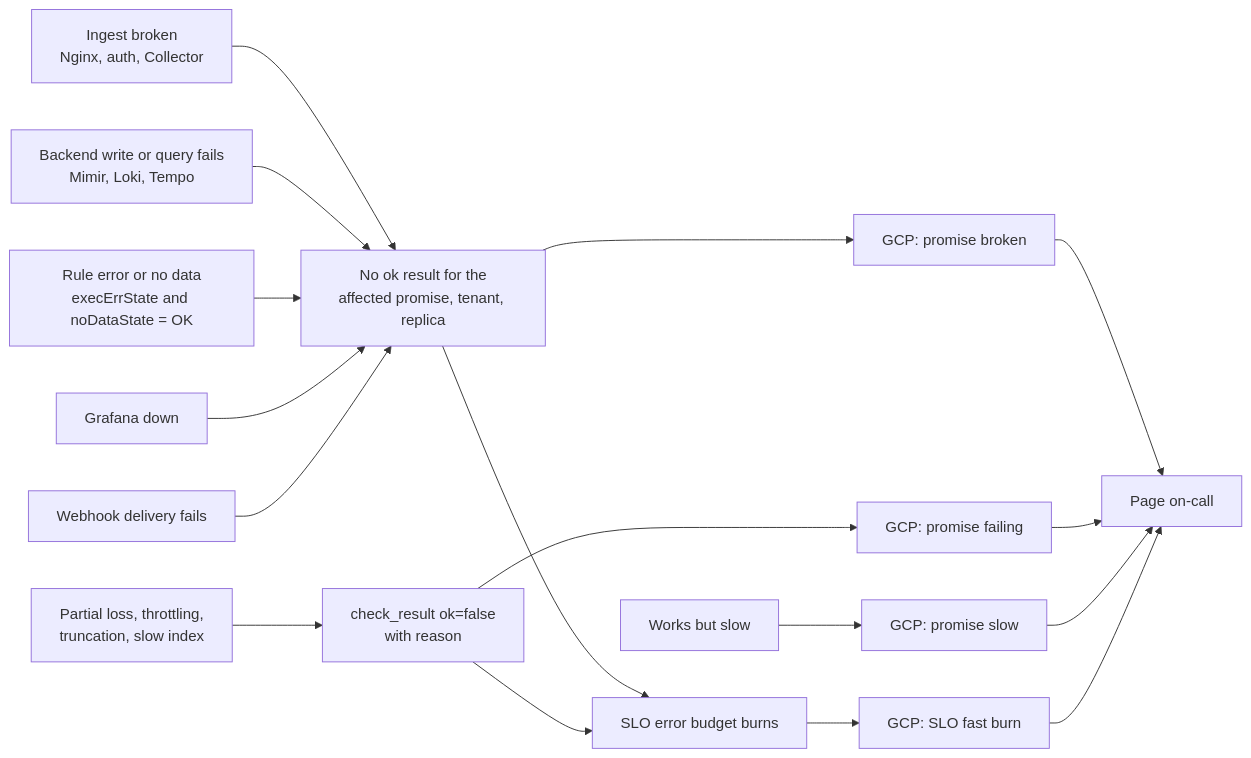
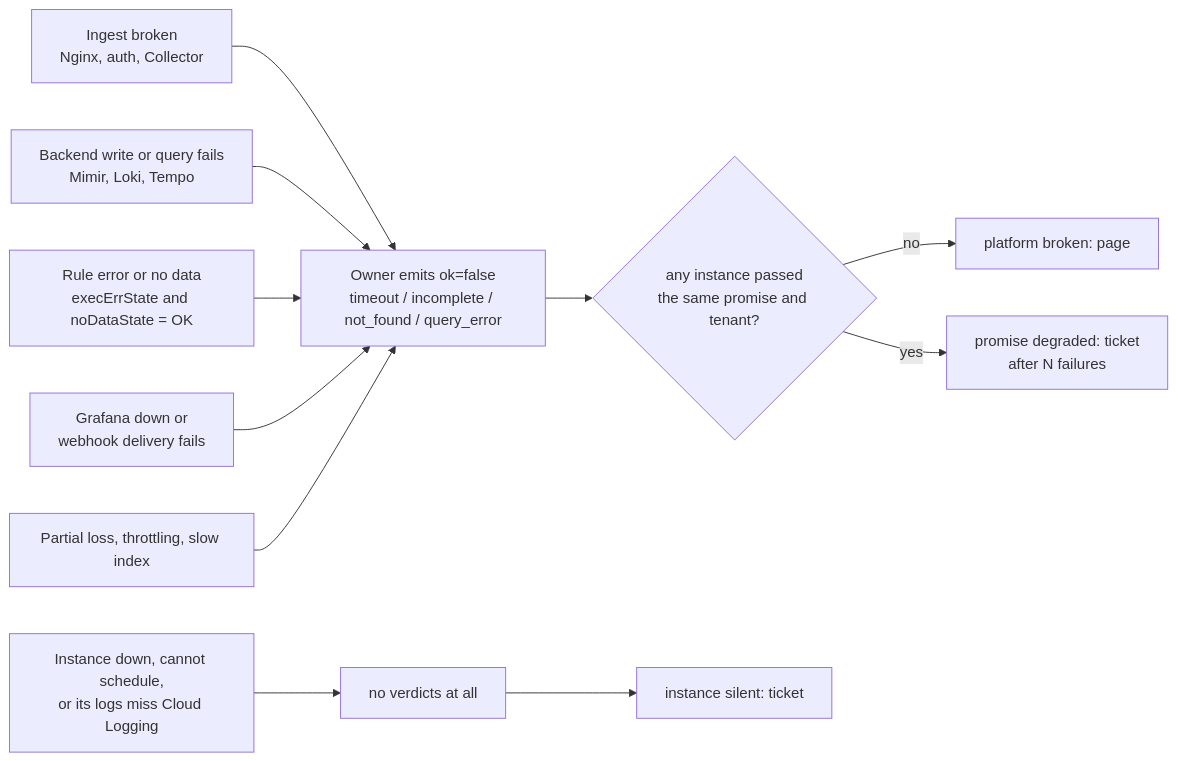
The fifth of 6 diagrams in heartbeat-probe/README.md (ileoliao/agent-repo), drawn with Mermaid before and after one commit. The commit also changed other lines of this file and 13 other files, not shown here.

````diff
--- a/heartbeat-probe/README.md
+++ b/heartbeat-probe/README.md
@@ -135,18 +132,13 @@
 ```mermaid
 flowchart LR
-  F1["Ingest broken<br/>Nginx, auth, Collector"] --> S
-  F2["Backend write or query fails<br/>Mimir, Loki, Tempo"] --> S
-  F3["Rule error or no data<br/>execErrState and noDataState = OK"] --> S
-  F4["Grafana down"] --> S
-  F5["Webhook delivery fails"] --> S
-  S["No ok result for the<br/>affected promise, tenant, replica"] --> A1["GCP: promise broken"]
-  Q["Partial loss, throttling,<br/>truncation, slow index"] --> E["check_result ok=false<br/>with reason"] --> A2["GCP: promise failing"]
-  SL["Works but slow"] --> A3["GCP: promise slow"]
-  S --> B["SLO error budget burns"]
-  E --> B
-  B --> A4["GCP: SLO fast burn"]
-  A1 --> P["Page on-call"]
-  A2 --> P
-  A3 --> P
-  A4 --> P
+  F1["Ingest broken<br/>Nginx, auth, Collector"] --> V
+  F2["Backend write or query fails<br/>Mimir, Loki, Tempo"] --> V
+  F3["Rule error or no data<br/>execErrState and noDataState = OK"] --> V
+  F4["Grafana down or<br/>webhook delivery fails"] --> V
+  F5["Partial loss, throttling, slow index"] --> V
+  V["Owner emits ok=false<br/>timeout / incomplete / not_found / query_error"]
+  V --> B{"any instance passed<br/>the same promise and tenant?"}
+  B -- no --> P1["platform broken: page"]
+  B -- yes --> P2["promise degraded: ticket<br/>after N failures"]
+  D["Instance down, cannot schedule,<br/>or its logs miss Cloud Logging"] --> Z["no verdicts at all"] --> P3["instance silent: ticket"]
 ```
````
